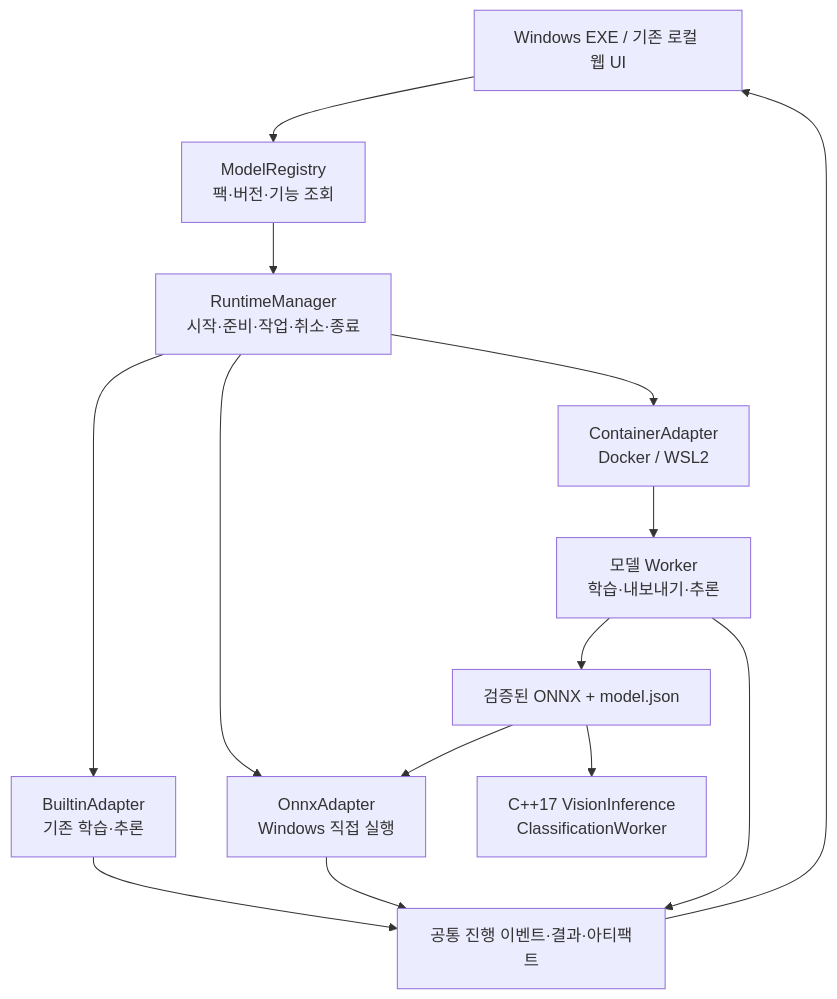
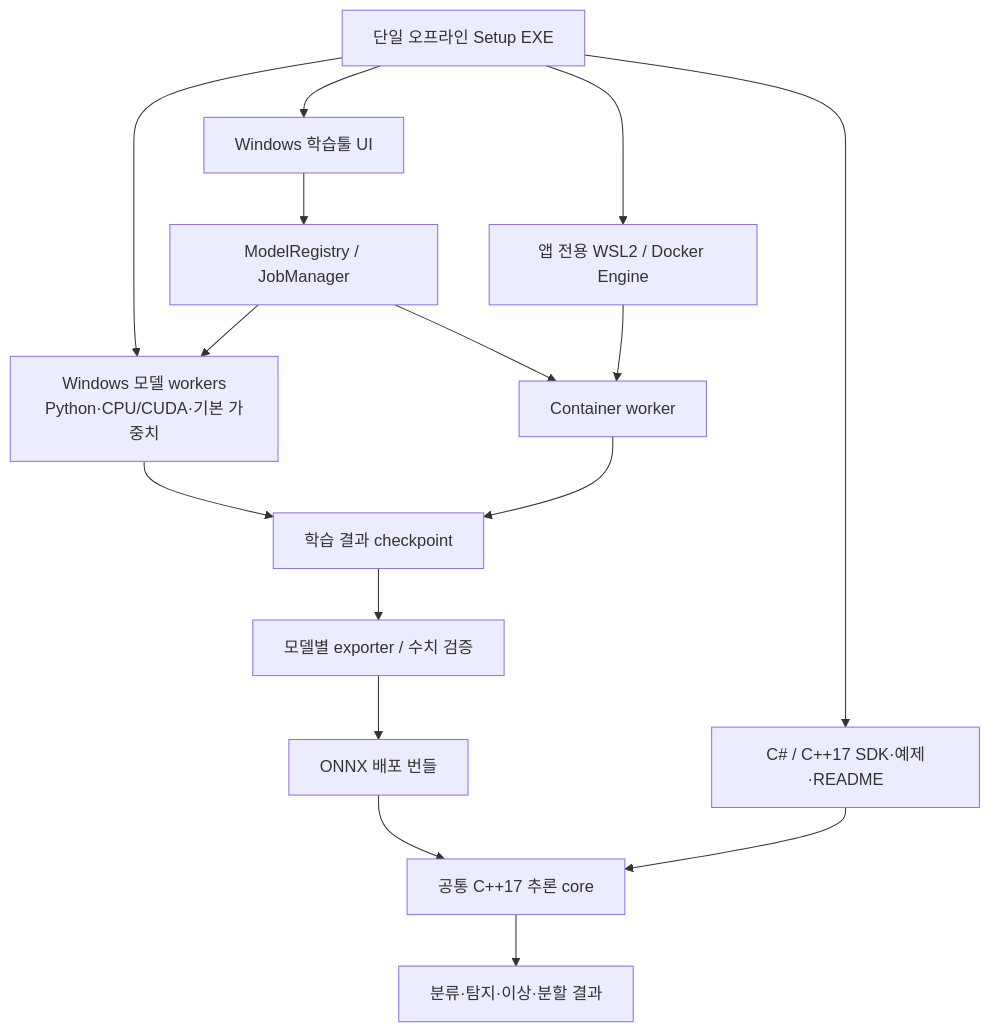
One commit to dmjeong/DeepStudio changed the diagram in docs/02-design/features/model-packs-windows-distribution.design.md. Above: the diagram before and after it, drawn with Mermaid. The commit also changed other lines of this file and 5 other files, not shown here.

Commit message:
Design full training model catalog and single Windows installer with C# and C++ deployment

````diff
--- a/docs/02-design/features/model-packs-windows-distribution.design.md
+++ b/docs/02-design/features/model-packs-windows-distribution.design.md
@@ -22,16 +21,18 @@
 ```mermaid
 flowchart TB
-    UI[Windows EXE / 기존 로컬 웹 UI] --> REG[ModelRegistry\n팩·버전·기능 조회]
-    REG --> RM[RuntimeManager\n시작·준비·작업·취소·종료]
-    RM --> BI[BuiltinAdapter\n기존 학습·추론]
-    RM --> ON[OnnxAdapter\nWindows 직접 실행]
-    RM --> CO[ContainerAdapter\nDocker / WSL2]
-    CO --> WK[모델 Worker\n학습·내보내기·추론]
-    WK --> AR[검증된 ONNX + model.json]
-    AR --> ON
-    AR --> CPP[C++17 VisionInference\nClassificationWorker]
-    BI --> RES[공통 진행 이벤트·결과·아티팩트]
-    ON --> RES
-    WK --> RES
-    RES --> UI
+    SETUP[단일 오프라인 Setup EXE] --> APP[Windows 학습툴 UI]
+    SETUP --> WP[Windows 모델 workers\nPython·CPU/CUDA·기본 가중치]
+    SETUP --> EXT[앱 전용 WSL2 / Docker Engine]
+    SETUP --> SDK[C# / C++17 SDK·예제·README]
+    APP --> REG[ModelRegistry / JobManager]
+    REG --> WP
+    REG --> CW[Container worker]
+    EXT --> CW
+    WP --> CK[학습 결과 checkpoint]
+    CW --> CK
+    CK --> EXP[모델별 exporter / 수치 검증]
+    EXP --> PK[ONNX 배포 번들]
+    PK --> CPP[공통 C++17 추론 core]
+    SDK --> CPP
+    CPP --> RESULT[분류·탐지·이상·분할 결과]
 ```
````
